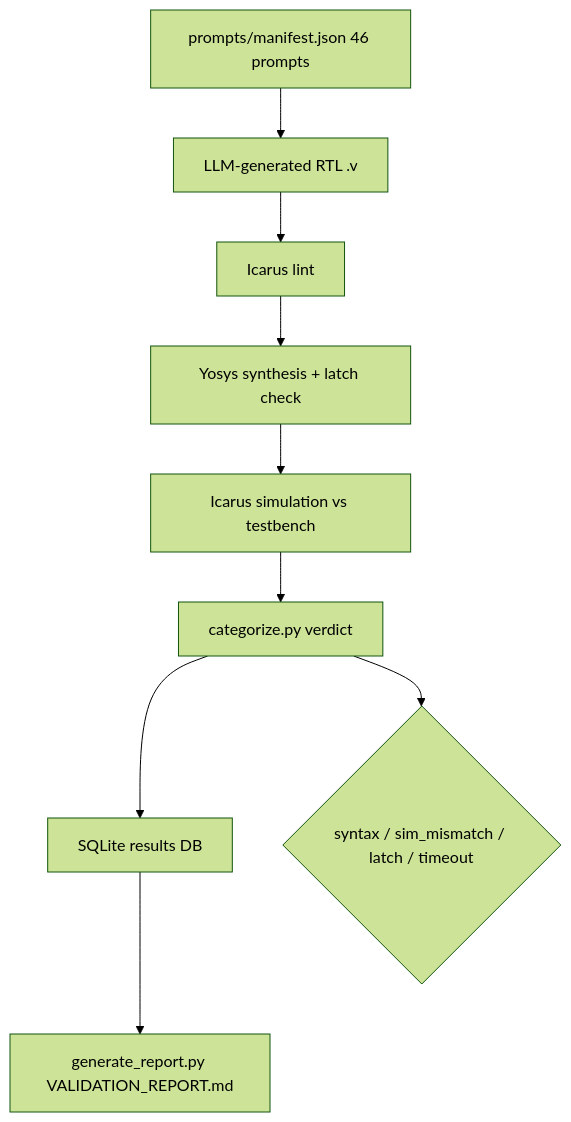
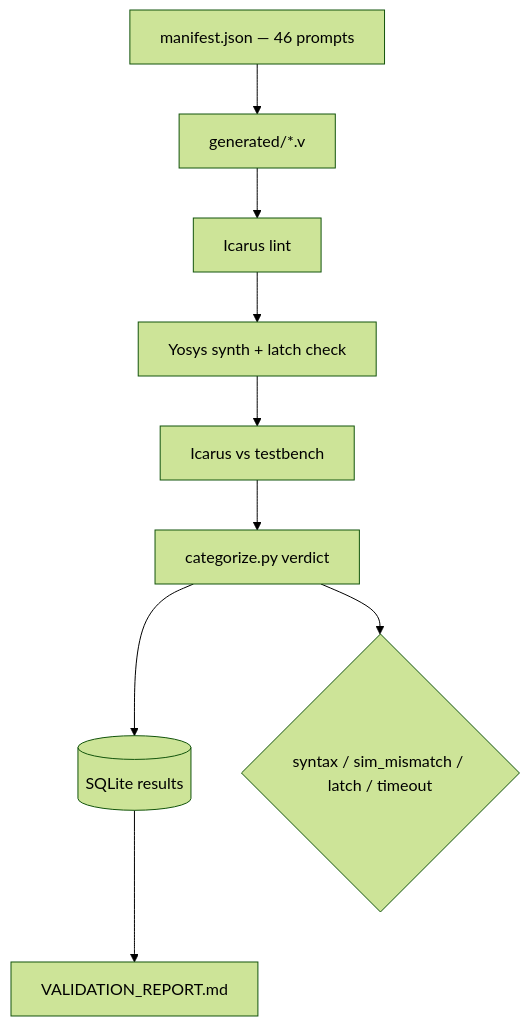
One commit to ArchanaChetan07/-LLM-HDL-Bench-Verilog-RTL-Validation-Framework changed the second of 3 diagrams in README.md. Above: the diagram before and after it, drawn with Mermaid (forest theme). The commit also changed other lines of this file, not shown here.

First line of the commit message:
Elevate README to FAANG interview bar with pass-rate chart and skills.

````diff
--- a/README.md
+++ b/README.md
@@ -35,11 +41,11 @@
 ```mermaid
 flowchart TB
-    MAN[prompts/manifest.json 46 prompts] --> GEN[LLM-generated RTL .v]
-    GEN --> LINT[Icarus lint]
-    LINT --> SYN[Yosys synthesis + latch check]
-    SYN --> SIM[Icarus simulation vs testbench]
-    SIM --> CAT[categorize.py verdict]
-    CAT --> DB[SQLite results DB]
-    DB --> RPT[generate_report.py VALIDATION_REPORT.md]
-    CAT --> FAIL{syntax / sim_mismatch / latch / timeout}
+  MAN[manifest.json — 46 prompts] --> RTL[generated/*.v]
+  RTL --> LINT[Icarus lint]
+  LINT --> SYN[Yosys synth + latch check]
+  SYN --> SIM[Icarus vs testbench]
+  SIM --> CAT[categorize.py verdict]
+  CAT --> DB[(SQLite results)]
+  DB --> RPT[VALIDATION_REPORT.md]
+  CAT --> FAIL{syntax / sim_mismatch / latch / timeout}
 ```
````
